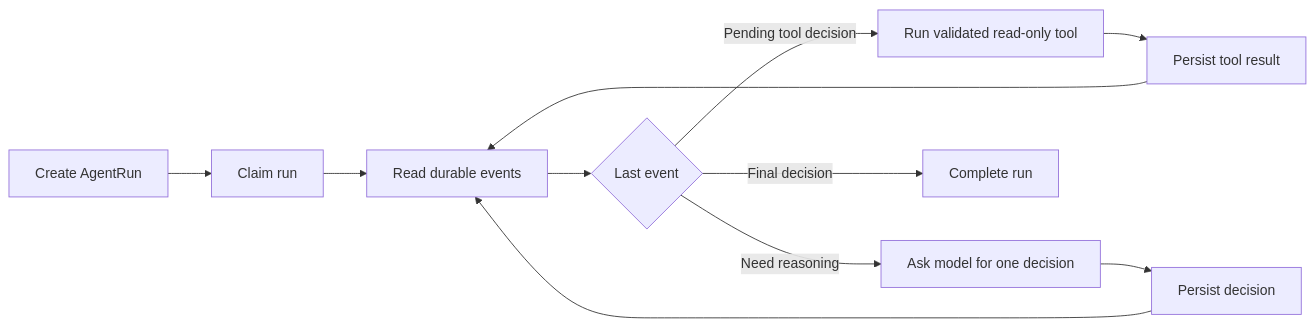
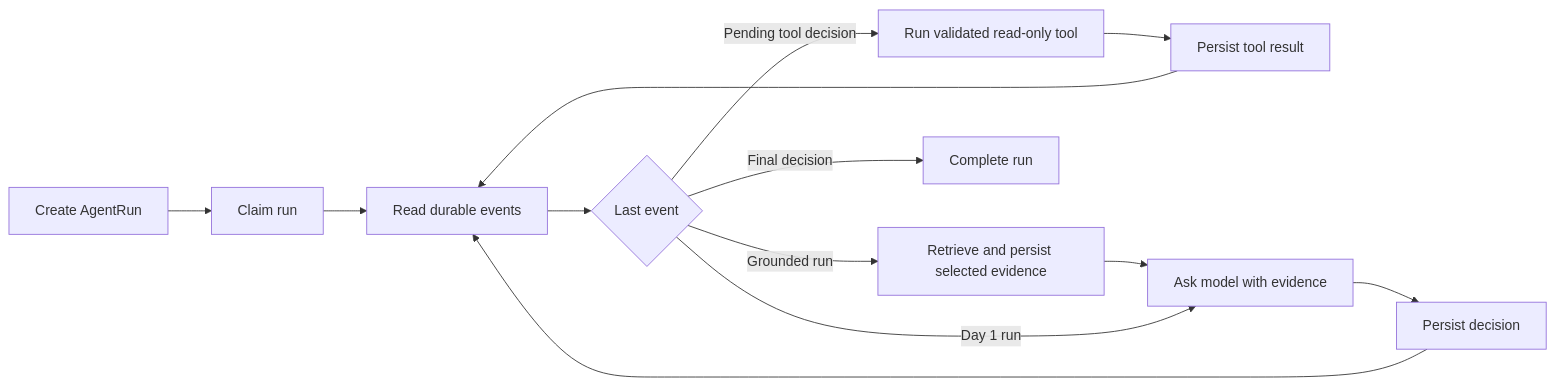
One commit to piyushmakad/OpsPilot-AI changed the first of 2 diagrams in README.md. Above: the diagram before and after it, drawn with Mermaid. The commit also changed other lines of this file and 19 other files, not shown here.

````diff
--- a/README.md
+++ b/README.md
@@ -13,13 +14,15 @@
 ```mermaid
 flowchart LR
   A[Create AgentRun] --> B[Claim run]
   B --> C[Read durable events]
   C --> D{Last event}
   D -->|Pending tool decision| E[Run validated read-only tool]
   E --> F[Persist tool result]
   F --> C
-  D -->|Need reasoning| G[Ask model for one decision]
+  D -->|Grounded run| R[Retrieve and persist selected evidence]
+  R --> G[Ask model with evidence]
+  D -->|Day 1 run| G
   G --> H[Persist decision]
   H --> C
   D -->|Final decision| I[Complete run]
 ```
````
